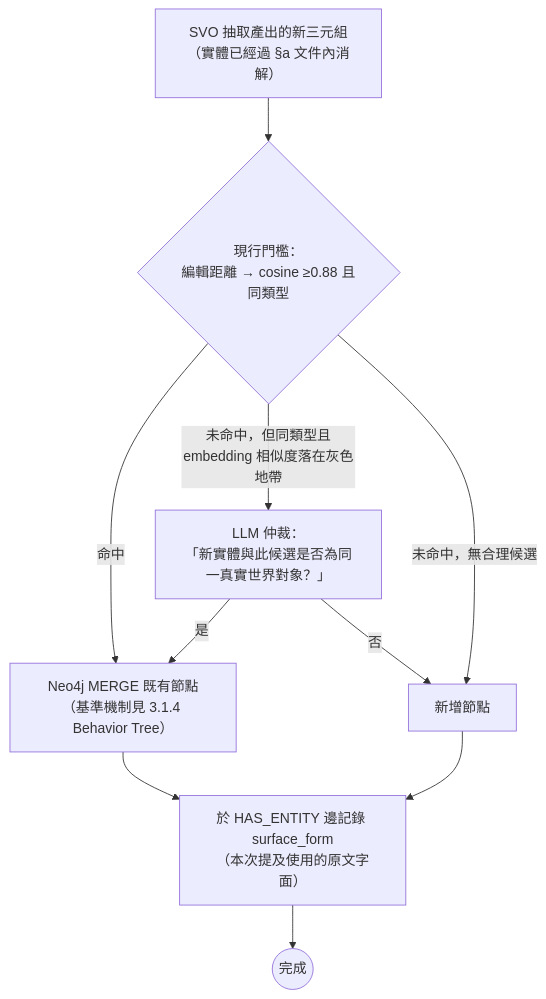
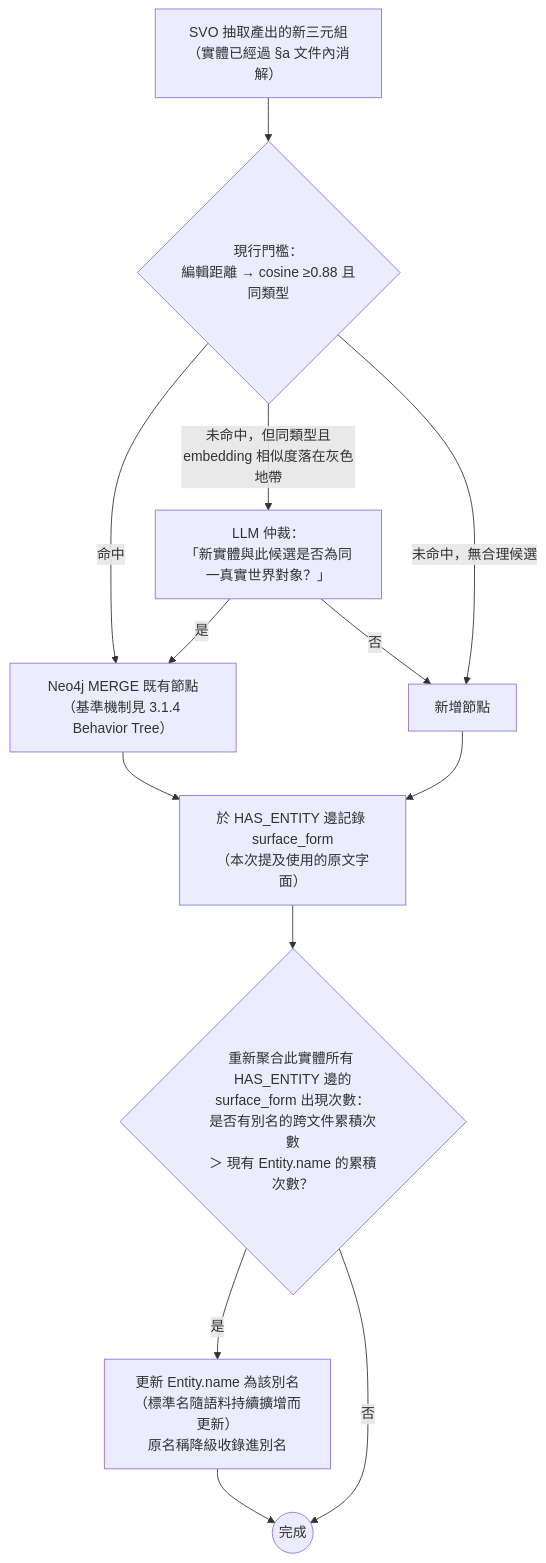
The tenth of 12 diagrams in docs/論文/03_系統設計與方法論.md (Chester930/world-knowledge-graph-rag), drawn with Mermaid before and after one commit. The commit also changed other lines of this file and 8 other files, not shown here.

````diff
--- a/docs/論文/03_系統設計與方法論.md
+++ b/docs/論文/03_系統設計與方法論.md
@@ -366,12 +376,15 @@
 ```mermaid
 flowchart TD
     NEWTRIPLE["SVO 抽取產出的新三元組<br/>（實體已經過 §a 文件內消解）"] --> DEDUP3{"現行門檻：<br/>編輯距離 → cosine ≥0.88 且同類型"}
     DEDUP3 -->|命中| MERGE2["Neo4j MERGE 既有節點<br/>（基準機制見 3.1.4 Behavior Tree）"]
     DEDUP3 -->|"未命中，但同類型且<br/>embedding 相似度落在灰色地帶"| ESCALATE["LLM 仲裁：<br/>「新實體與此候選是否為同一真實世界對象？」"]
     DEDUP3 -->|"未命中，無合理候選"| CREATE2["新增節點"]
     ESCALATE -->|是| MERGE2
     ESCALATE -->|否| CREATE2
     MERGE2 --> RECORD3B["於 HAS_ENTITY 邊記錄 surface_form<br/>（本次提及使用的原文字面）"]
     CREATE2 --> RECORD3B
-    RECORD3B --> DONE2(("完成"))
+    RECORD3B --> RECHECK{"重新聚合此實體所有 HAS_ENTITY 邊的<br/>surface_form 出現次數：<br/>是否有別名的跨文件累積次數<br/>＞ 現有 Entity.name 的累積次數？"}
+    RECHECK -->|是| UPDATENAME["更新 Entity.name 為該別名<br/>（標準名隨語料持續擴增而更新）<br/>原名稱降級收錄進別名"]
+    RECHECK -->|否| DONE2(("完成"))
+    UPDATENAME --> DONE2
 ```
````
